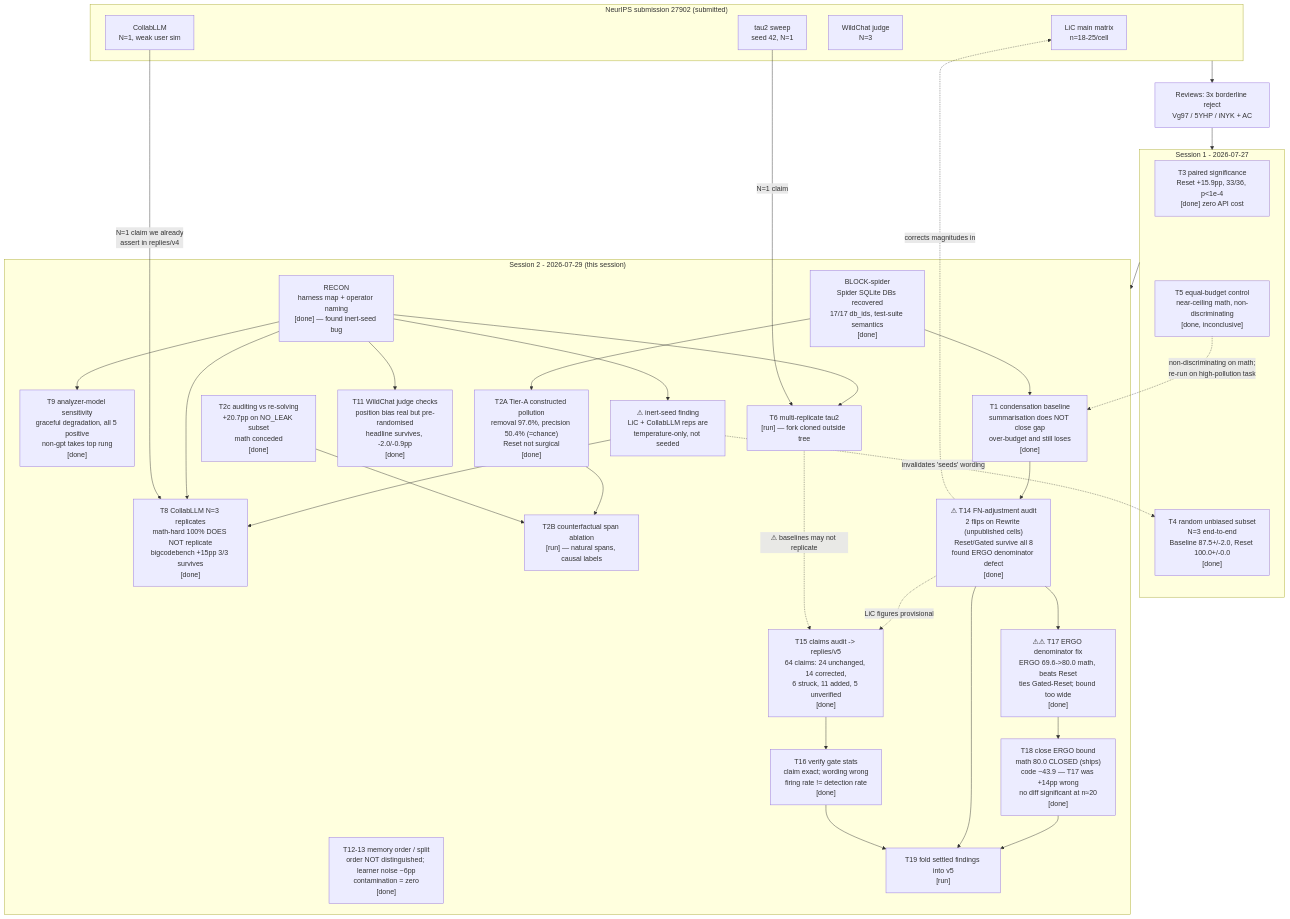
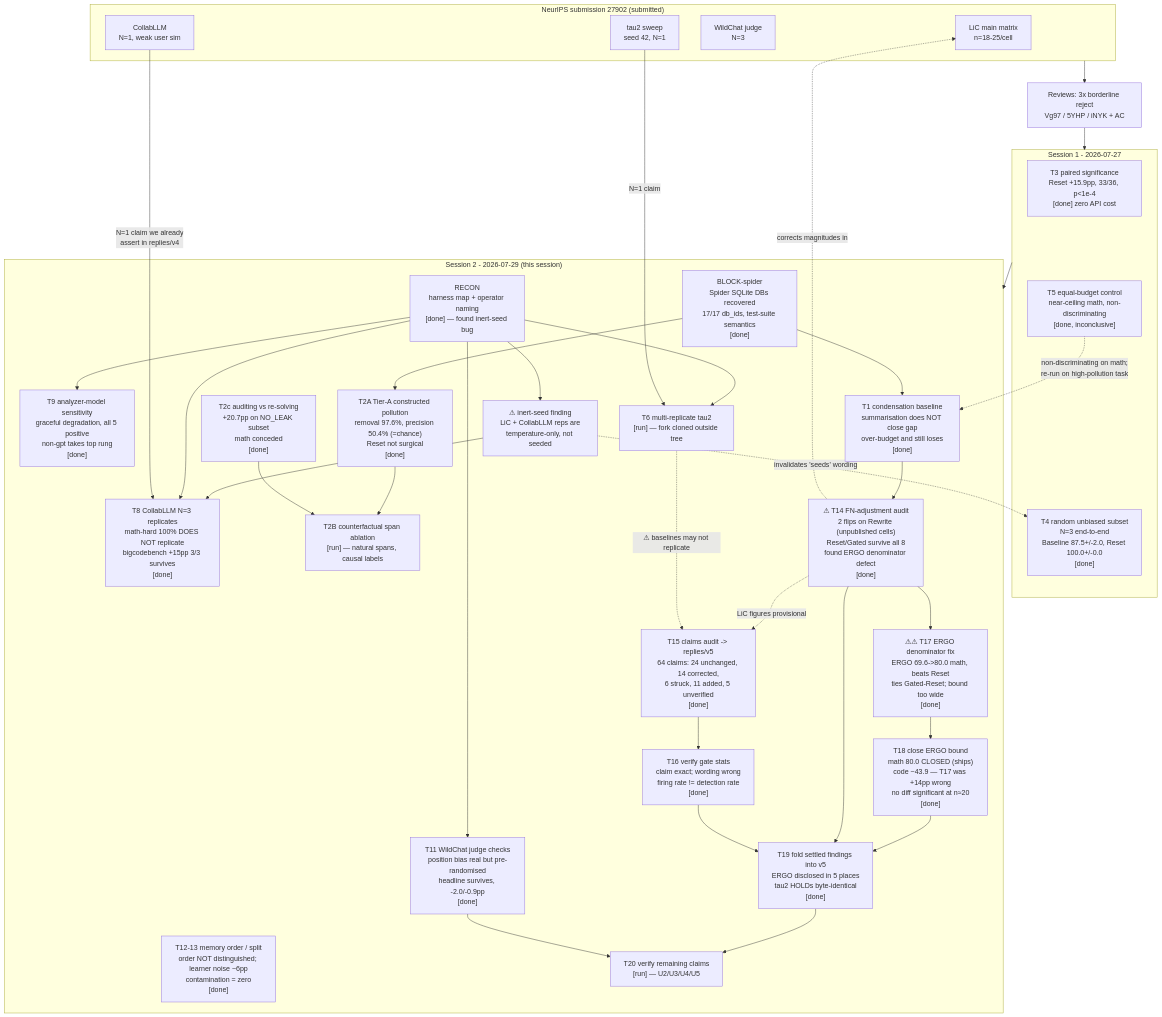
The diagram in neurips_review/autoresearch/PROVENANCE.md (matt-seb-ho/ctx_editor), drawn with Mermaid before and after one commit. The commit also changed other lines of this file and 9 other files, not shown here.

````diff
--- a/neurips_review/autoresearch/PROVENANCE.md
+++ b/neurips_review/autoresearch/PROVENANCE.md
@@ -11,67 +11,70 @@
 ```mermaid
 graph TD
   subgraph PAPER["NeurIPS submission 27902 (submitted)"]
     P0["LiC main matrix<br/>n=18-25/cell"]
     P1["tau2 sweep<br/>seed 42, N=1"]
     P2["WildChat judge<br/>N=3"]
     P3["CollabLLM<br/>N=1, weak user sim"]
   end
 
   R["Reviews: 3x borderline reject<br/>Vg97 / 5YHP / iNYK + AC"]
   PAPER --> R
 
   subgraph S1["Session 1 - 2026-07-27"]
     T3["T3 paired significance<br/>Reset +15.9pp, 33/36, p&lt;1e-4<br/>[done] zero API cost"]
     T4["T4 random unbiased subset<br/>N=3 end-to-end<br/>Baseline 87.5+/-2.0, Reset 100.0+/-0.0<br/>[done]"]
     T5["T5 equal-budget control<br/>near-ceiling math, non-discriminating<br/>[done, inconclusive]"]
   end
   R --> S1
 
   subgraph S2["Session 2 - 2026-07-29 (this session)"]
     BLK["BLOCK-spider<br/>Spider SQLite DBs recovered<br/>17/17 db_ids, test-suite semantics<br/>[done]"]
     RC["RECON<br/>harness map + operator naming<br/>[done] — found inert-seed bug"]
     T8["T8 CollabLLM N=3 replicates<br/>math-hard 100% DOES NOT replicate<br/>bigcodebench +15pp 3/3 survives<br/>[done]"]
     T9["T9 analyzer-model sensitivity<br/>graceful degradation, all 5 positive<br/>non-gpt takes top rung<br/>[done]"]
     T2A["T2A Tier-A constructed pollution<br/>removal 97.6%, precision 50.4% (=chance)<br/>Reset not surgical<br/>[done]"]
     T2C["T2c auditing vs re-solving<br/>+20.7pp on NO_LEAK subset<br/>math conceded<br/>[done]"]
     T1["T1 condensation baseline<br/>summarisation does NOT close gap<br/>over-budget and still loses<br/>[done]"]
     T11["T11 WildChat judge checks<br/>position bias real but pre-randomised<br/>headline survives, -2.0/-0.9pp<br/>[done]"]
     T12["T12-13 memory order / split<br/>order NOT distinguished; learner noise ~6pp<br/>contamination = zero<br/>[done]"]
     T6["T6 multi-replicate tau2<br/>[run] — fork cloned outside tree"]
     T2B["T2B counterfactual span ablation<br/>[run] — natural spans, causal labels"]
     T15["T15 claims audit -> replies/v5<br/>64 claims: 24 unchanged, 14 corrected,<br/>6 struck, 11 added, 5 unverified<br/>[done]"]
     T16["T16 verify gate stats<br/>claim exact; wording wrong<br/>firing rate != detection rate<br/>[done]"]
     T14["⚠ T14 FN-adjustment audit<br/>2 flips on Rewrite (unpublished cells)<br/>Reset/Gated survive all 8<br/>found ERGO denominator defect<br/>[done]"]
     T17["⚠⚠ T17 ERGO denominator fix<br/>ERGO 69.6->80.0 math, beats Reset<br/>ties Gated-Reset; bound too wide<br/>[done]"]
     T18["T18 close ERGO bound<br/>math 80.0 CLOSED (ships)<br/>code ~43.9 — T17 was +14pp wrong<br/>no diff significant at n≈20<br/>[done]"]
-    T19["T19 fold settled findings into v5<br/>[run]"]
+    T19["T19 fold settled findings into v5<br/>ERGO disclosed in 5 places<br/>tau2 HOLDs byte-identical<br/>[done]"]
+    T20["T20 verify remaining claims<br/>[run] — U2/U3/U4/U5"]
     SEED["⚠ inert-seed finding<br/>LiC + CollabLLM reps are<br/>temperature-only, not seeded"]
   end
   S1 --> S2
 
   RC --> SEED
   SEED -.->|"invalidates 'seeds' wording"| T4
   SEED --> T8
   RC --> T8
   RC --> T9
   RC --> T6
   RC --> T11
   BLK --> T1
   BLK --> T2A
   T5 -.->|"non-discriminating on math;<br/>re-run on high-pollution task"| T1
   T2A --> T2B
   T2C --> T2B
   T1 --> T14
   T14 -.->|"LiC figures provisional"| T15
   T14 --> T17
   T17 --> T18
   T18 --> T19
+  T19 --> T20
+  T11 --> T20
   T14 --> T19
   T16 --> T19
   T6 -.->|"⚠ baselines may not replicate"| T15
   T15 --> T16
   T14 -.->|"corrects magnitudes in"| P0
 
   P3 -->|"N=1 claim we already<br/>assert in replies/v4"| T8
   P1 -->|"N=1 claim"| T6
 ```
````
